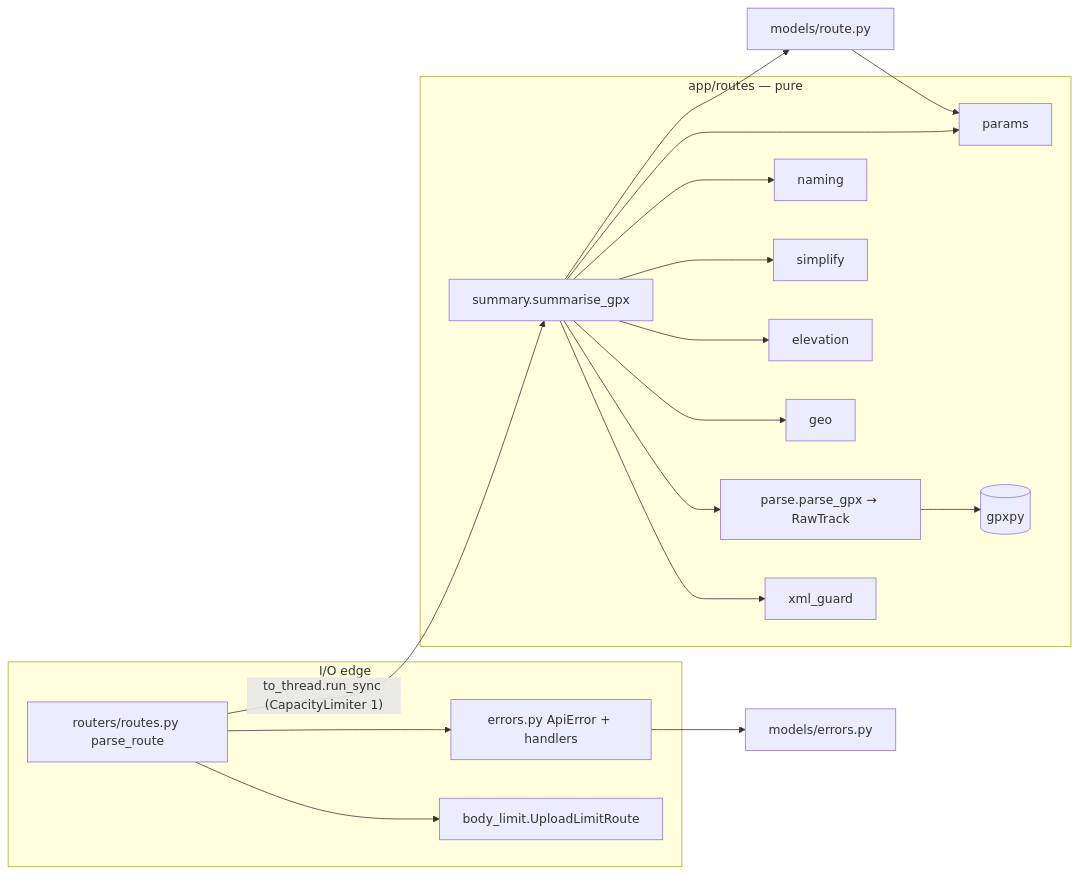
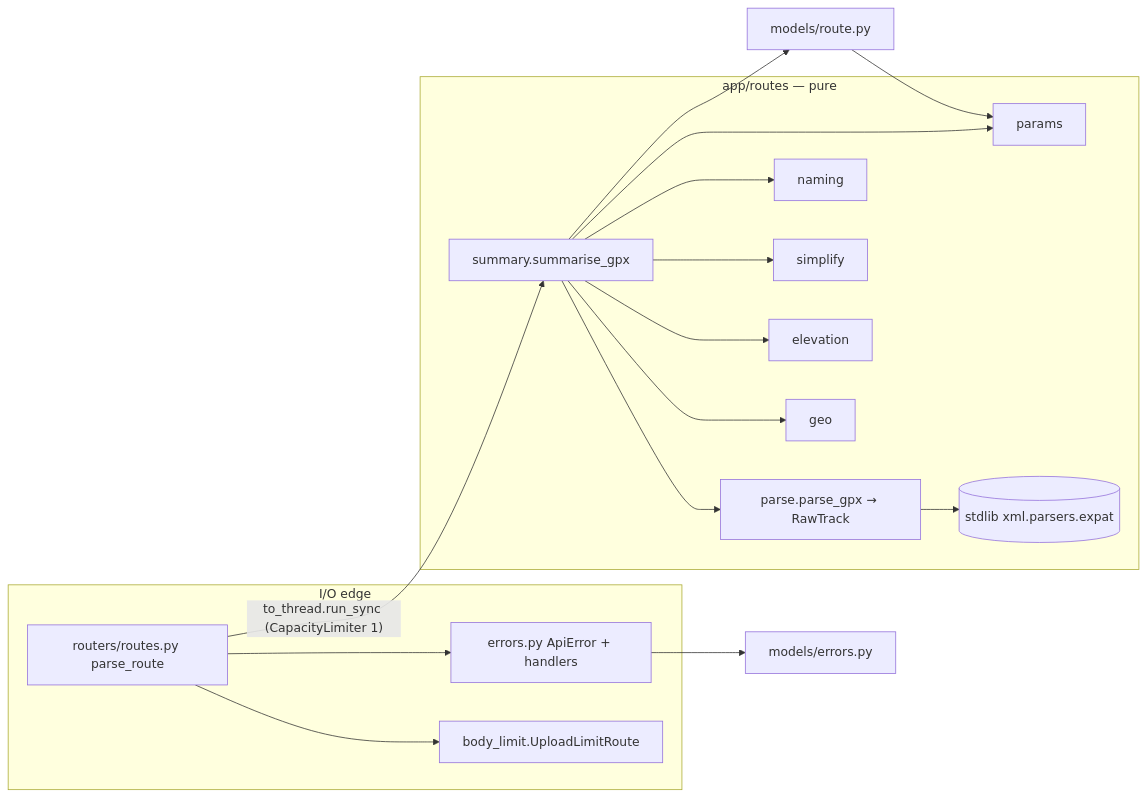
Before and after one commit to YoavIsaacs/hiking_app: the diagram in docs/adr/0004-gpx-parser.md, drawn with Mermaid. The commit also changed other lines of this file, not shown here.

Commit message:
docs(adr): 0004 amend own expat parser, bounds, concurrency

````diff
--- a/docs/adr/0004-gpx-parser.md
+++ b/docs/adr/0004-gpx-parser.md
@@ -816,16 +971,16 @@
 ```mermaid
 flowchart LR
   subgraph edge [I/O edge]
     RT[routers/routes.py parse_route] --> BL[body_limit.UploadLimitRoute]
     RT --> ER[errors.py ApiError + handlers]
   end
   subgraph pure [app/routes — pure]
-    SUM[summary.summarise_gpx] --> XG[xml_guard] & PG[parse.parse_gpx → RawTrack] & GEO[geo] & ELE[elevation] & SIM[simplify] & NM[naming]
-    PG --> GPXPY[(gpxpy)]
+    SUM[summary.summarise_gpx] --> PG[parse.parse_gpx → RawTrack] & GEO[geo] & ELE[elevation] & SIM[simplify] & NM[naming]
+    PG --> EXPAT[(stdlib xml.parsers.expat)]
     SUM --> PAR[params]
   end
   RT -- "to_thread.run_sync (CapacityLimiter 1)" --> SUM
   SUM --> MR[models/route.py]
   ER --> ME[models/errors.py]
   MR --> PAR
 ```
````
